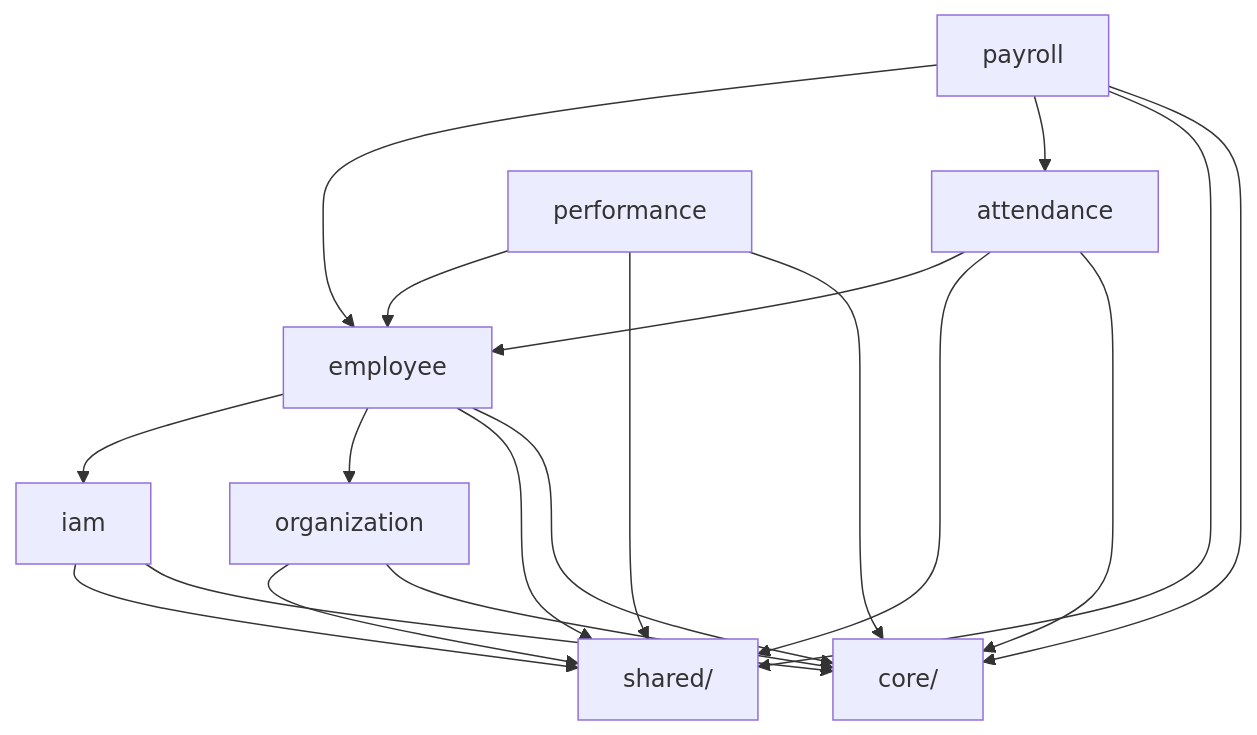
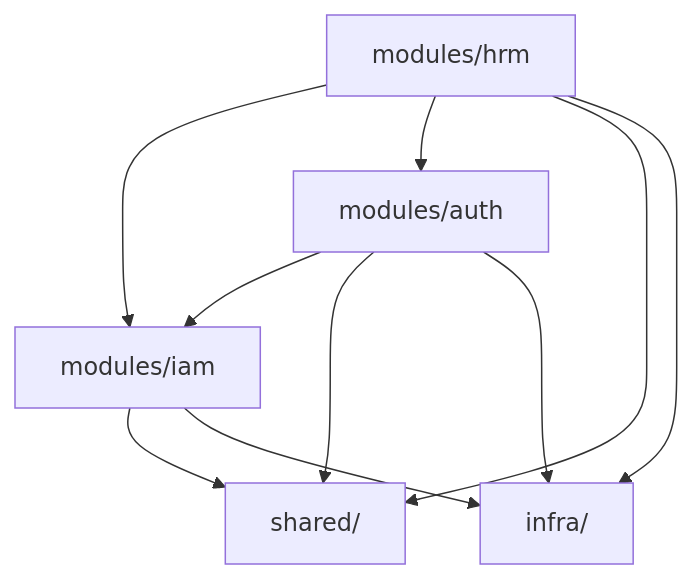
One commit to vgduchieu0602/soosky-hrm changed the third of 3 diagrams in backend/docs/BE-ARCHITECTURE.md. Above: the diagram before and after it, drawn with Mermaid. The commit also changed other lines of this file and 17 other files, not shown here.

````diff
--- a/backend/docs/BE-ARCHITECTURE.md
+++ b/backend/docs/BE-ARCHITECTURE.md
@@ -249,19 +232,13 @@
 ```mermaid
 graph TB
-  IAM[iam]
-  ORG[organization]
-  EMP[employee]
-  ATT[attendance]
-  PAY[payroll]
-  PERF[performance]
+  HRM[modules/hrm]
+  AUTH[modules/auth]
+  IAM[modules/iam]
 
-  EMP --> IAM
-  EMP --> ORG
-  ATT --> EMP
-  PAY --> EMP
-  PAY --> ATT
-  PERF --> EMP
+  HRM --> IAM
+  HRM --> AUTH
+  AUTH --> IAM
 
-  IAM & ORG & EMP & ATT & PAY & PERF --> SHARED[shared/]
-  IAM & ORG & EMP & ATT & PAY & PERF --> CORE[core/]
+  HRM & AUTH & IAM --> SHARED[shared/]
+  HRM & AUTH & IAM --> INFRA[infra/]
 ```
````
